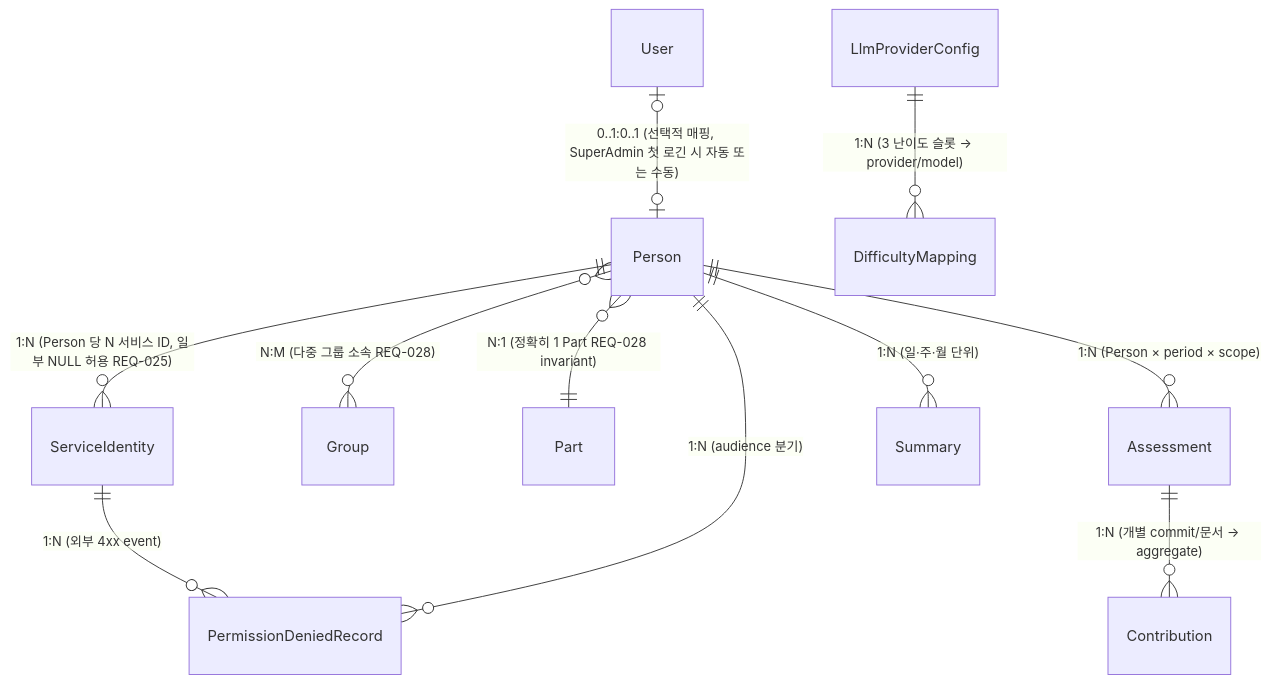
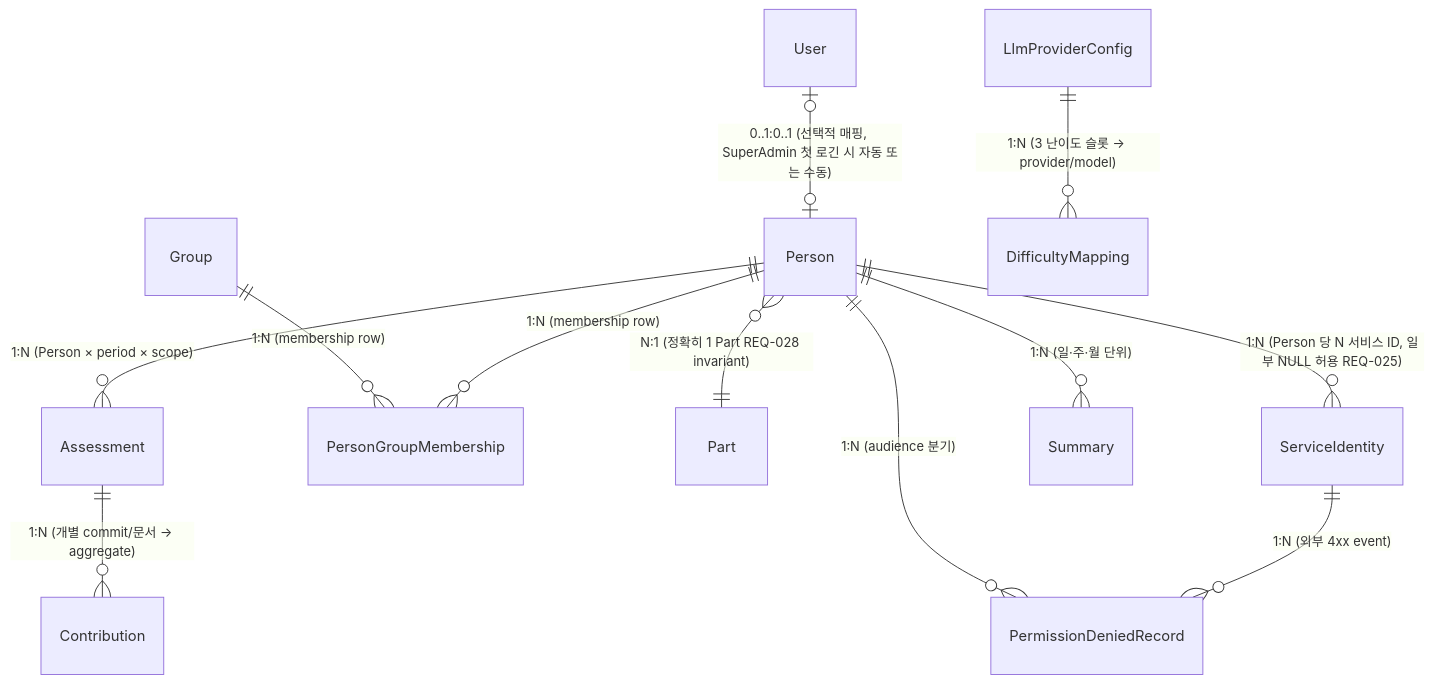
The diagram in docs/architecture/data-model.md (myungjoo/Assessment-Agent), drawn with Mermaid before and after one commit. The commit also changed other lines of this file and 3 other files, not shown here.

````diff
--- a/docs/architecture/data-model.md
+++ b/docs/architecture/data-model.md
@@ -41,13 +42,14 @@
 ```mermaid
 erDiagram
     Person ||--o{ ServiceIdentity : "1:N (Person 당 N 서비스 ID, 일부 NULL 허용 REQ-025)"
-    Person }o--o{ Group : "N:M (다중 그룹 소속 REQ-028)"
+    Person ||--o{ PersonGroupMembership : "1:N (membership row)"
+    Group ||--o{ PersonGroupMembership : "1:N (membership row)"
     Person }o--|| Part : "N:1 (정확히 1 Part REQ-028 invariant)"
     Person ||--o{ Assessment : "1:N (Person × period × scope)"
     Person ||--o{ Summary : "1:N (일·주·월 단위)"
     Assessment ||--o{ Contribution : "1:N (개별 commit/문서 → aggregate)"
     User |o--o| Person : "0..1:0..1 (선택적 매핑, SuperAdmin 첫 로긴 시 자동 또는 수동)"
     LlmProviderConfig ||--o{ DifficultyMapping : "1:N (3 난이도 슬롯 → provider/model)"
     ServiceIdentity ||--o{ PermissionDeniedRecord : "1:N (외부 4xx event)"
     Person ||--o{ PermissionDeniedRecord : "1:N (audience 분기)"
 ```
````
